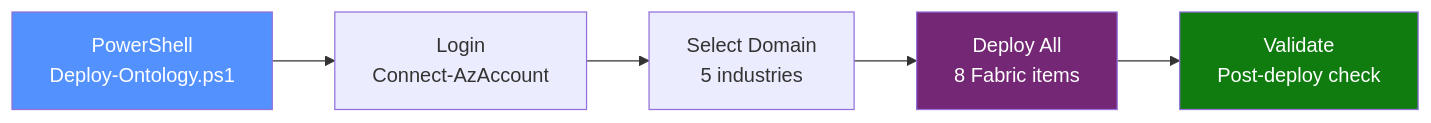
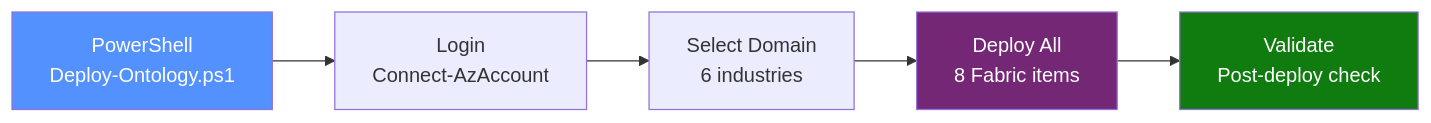
Before and after one commit to cyphou/Ontology-RTI: the second of 2 diagrams in SETUP_GUIDE.md, drawn with Mermaid. The commit also changed other lines of this file and 9 other files, not shown here.

````diff
--- a/SETUP_GUIDE.md
+++ b/SETUP_GUIDE.md
@@ -79,11 +79,11 @@
 ```mermaid
 flowchart LR
     A["PowerShell\nDeploy-Ontology.ps1"] --> B["Login\nConnect-AzAccount"]
-    B --> C["Select Domain\n5 industries"]
+    B --> C["Select Domain\n6 industries"]
     C --> D["Deploy All\n8 Fabric items"]
     D --> E["Validate\nPost-deploy check"]
 
     style A fill:#5391FE,color:#fff
     style D fill:#742774,color:#fff
     style E fill:#107C10,color:#fff
 ```
````
